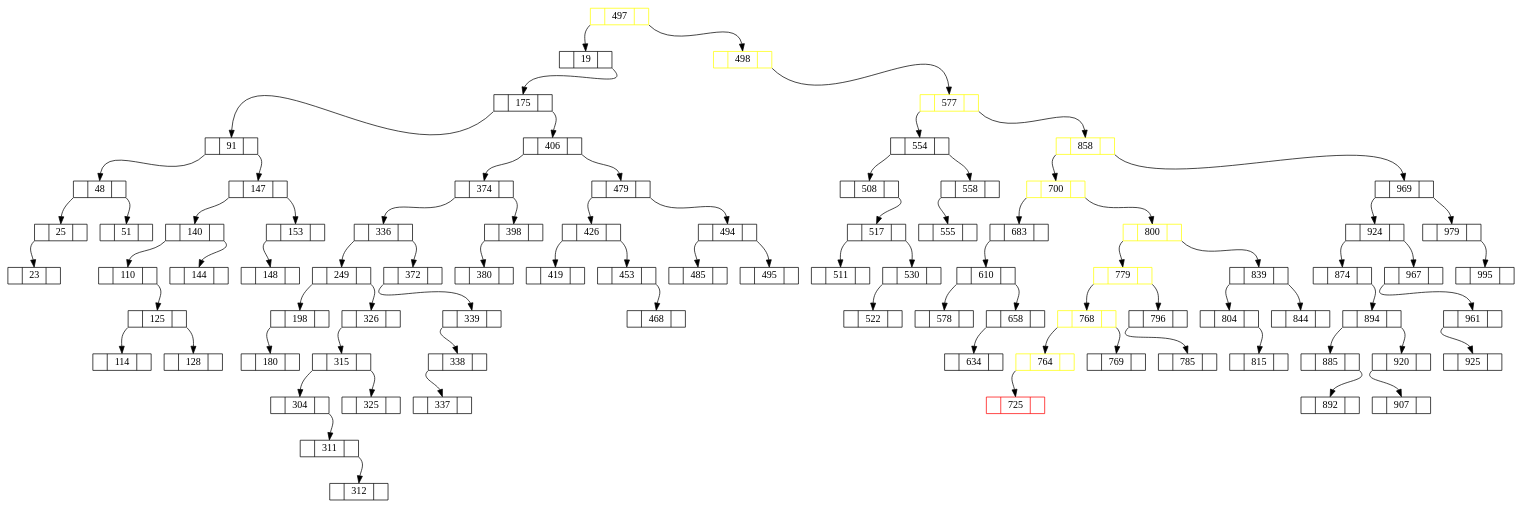
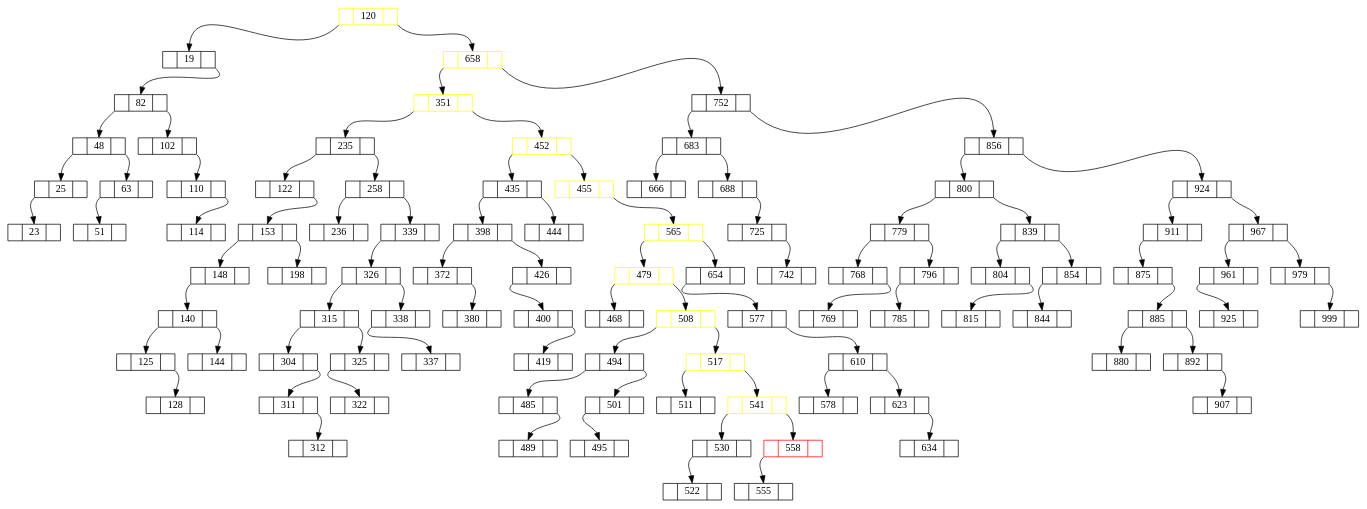
Before and after one commit to JXhacker/DatastructureExprement: the diagram in BST/graph.dot, drawn with Graphviz. The commit also changed 10 other files, not shown here.

```diff
--- a/BST/graph.dot
+++ b/BST/graph.dot
@@ -1,173 +1,195 @@
 digraph G{
 node [fontname = Verdana,shape=record, height=.1];
 edge [fontname = Verdana,style=solid];
-497[label="<l> |<d>497|<r> ",color=yellow];
+120[label="<l> |<d>120|<r> ",color=yellow];
 19[label="<l> |<d>19|<r> "];
-497:l:sw->19:d;
-498[label="<l> |<d>498|<r> ",color=yellow];
-497:r:se->498:d;
-175[label="<l> |<d>175|<r> "];
-19:r:se->175:d;
-577[label="<l> |<d>577|<r> ",color=yellow];
-498:r:se->577:d;
-91[label="<l> |<d>91|<r> "];
-175:l:sw->91:d;
-406[label="<l> |<d>406|<r> "];
-175:r:se->406:d;
-554[label="<l> |<d>554|<r> "];
-577:l:sw->554:d;
-858[label="<l> |<d>858|<r> ",color=yellow];
-577:r:se->858:d;
+120:l:sw->19:d;
+658[label="<l> |<d>658|<r> ",color=yellow];
+120:r:se->658:d;
+82[label="<l> |<d>82|<r> "];
+19:r:se->82:d;
+351[label="<l> |<d>351|<r> ",color=yellow];
+658:l:sw->351:d;
+752[label="<l> |<d>752|<r> "];
+658:r:se->752:d;
 48[label="<l> |<d>48|<r> "];
-91:l:sw->48:d;
-147[label="<l> |<d>147|<r> "];
-91:r:se->147:d;
-374[label="<l> |<d>374|<r> "];
-406:l:sw->374:d;
-479[label="<l> |<d>479|<r> "];
-406:r:se->479:d;
-508[label="<l> |<d>508|<r> "];
-554:l:sw->508:d;
-558[label="<l> |<d>558|<r> "];
-554:r:se->558:d;
-700[label="<l> |<d>700|<r> ",color=yellow];
-858:l:sw->700:d;
-969[label="<l> |<d>969|<r> "];
-858:r:se->969:d;
+82:l:sw->48:d;
+102[label="<l> |<d>102|<r> "];
+82:r:se->102:d;
+235[label="<l> |<d>235|<r> "];
+351:l:sw->235:d;
+452[label="<l> |<d>452|<r> ",color=yellow];
+351:r:se->452:d;
+683[label="<l> |<d>683|<r> "];
+752:l:sw->683:d;
+856[label="<l> |<d>856|<r> "];
+752:r:se->856:d;
 25[label="<l> |<d>25|<r> "];
 48:l:sw->25:d;
-51[label="<l> |<d>51|<r> "];
-48:r:se->51:d;
-140[label="<l> |<d>140|<r> "];
-147:l:sw->140:d;
-153[label="<l> |<d>153|<r> "];
-147:r:se->153:d;
-336[label="<l> |<d>336|<r> "];
-374:l:sw->336:d;
-398[label="<l> |<d>398|<r> "];
-374:r:se->398:d;
-426[label="<l> |<d>426|<r> "];
-479:l:sw->426:d;
-494[label="<l> |<d>494|<r> "];
-479:r:se->494:d;
-517[label="<l> |<d>517|<r> "];
-508:r:se->517:d;
-555[label="<l> |<d>555|<r> "];
-558:l:sw->555:d;
-683[label="<l> |<d>683|<r> "];
-700:l:sw->683:d;
-800[label="<l> |<d>800|<r> ",color=yellow];
-700:r:se->800:d;
+63[label="<l> |<d>63|<r> "];
+48:r:se->63:d;
+110[label="<l> |<d>110|<r> "];
+102:r:se->110:d;
+122[label="<l> |<d>122|<r> "];
+235:l:sw->122:d;
+258[label="<l> |<d>258|<r> "];
+235:r:se->258:d;
+435[label="<l> |<d>435|<r> "];
+452:l:sw->435:d;
+455[label="<l> |<d>455|<r> ",color=yellow];
+452:r:se->455:d;
+666[label="<l> |<d>666|<r> "];
+683:l:sw->666:d;
+688[label="<l> |<d>688|<r> "];
+683:r:se->688:d;
+800[label="<l> |<d>800|<r> "];
+856:l:sw->800:d;
 924[label="<l> |<d>924|<r> "];
-969:l:sw->924:d;
-979[label="<l> |<d>979|<r> "];
-969:r:se->979:d;
+856:r:se->924:d;
 23[label="<l> |<d>23|<r> "];
 25:l:sw->23:d;
-110[label="<l> |<d>110|<r> "];
-140:l:sw->110:d;
-144[label="<l> |<d>144|<r> "];
-140:r:se->144:d;
-148[label="<l> |<d>148|<r> "];
-153:l:sw->148:d;
-249[label="<l> |<d>249|<r> "];
-336:l:sw->249:d;
-372[label="<l> |<d>372|<r> "];
-336:r:se->372:d;
-380[label="<l> |<d>380|<r> "];
-398:l:sw->380:d;
-419[label="<l> |<d>419|<r> "];
-426:l:sw->419:d;
-453[label="<l> |<d>453|<r> "];
-426:r:se->453:d;
-485[label="<l> |<d>485|<r> "];
-494:l:sw->485:d;
-495[label="<l> |<d>495|<r> "];
-494:r:se->495:d;
-511[label="<l> |<d>511|<r> "];
-517:l:sw->511:d;
-530[label="<l> |<d>530|<r> "];
-517:r:se->530:d;
-610[label="<l> |<d>610|<r> "];
-683:l:sw->610:d;
-779[label="<l> |<d>779|<r> ",color=yellow];
+51[label="<l> |<d>51|<r> "];
+63:l:sw->51:d;
+114[label="<l> |<d>114|<r> "];
+110:r:se->114:d;
+153[label="<l> |<d>153|<r> "];
+122:r:se->153:d;
+236[label="<l> |<d>236|<r> "];
+258:l:sw->236:d;
+339[label="<l> |<d>339|<r> "];
+258:r:se->339:d;
+398[label="<l> |<d>398|<r> "];
+435:l:sw->398:d;
+444[label="<l> |<d>444|<r> "];
+435:r:se->444:d;
+565[label="<l> |<d>565|<r> ",color=yellow];
+455:r:se->565:d;
+725[label="<l> |<d>725|<r> "];
+688:r:se->725:d;
+779[label="<l> |<d>779|<r> "];
 800:l:sw->779:d;
 839[label="<l> |<d>839|<r> "];
 800:r:se->839:d;
-874[label="<l> |<d>874|<r> "];
-924:l:sw->874:d;
+911[label="<l> |<d>911|<r> "];
+924:l:sw->911:d;
 967[label="<l> |<d>967|<r> "];
 924:r:se->967:d;
-995[label="<l> |<d>995|<r> "];
-979:r:se->995:d;
-125[label="<l> |<d>125|<r> "];
-110:r:se->125:d;
+148[label="<l> |<d>148|<r> "];
+153:l:sw->148:d;
 198[label="<l> |<d>198|<r> "];
-249:l:sw->198:d;
+153:r:se->198:d;
 326[label="<l> |<d>326|<r> "];
-249:r:se->326:d;
-339[label="<l> |<d>339|<r> "];
-372:l:sw->339:d;
-468[label="<l> |<d>468|<r> "];
-453:r:se->468:d;
-522[label="<l> |<d>522|<r> "];
-530:l:sw->522:d;
-578[label="<l> |<d>578|<r> "];
-610:l:sw->578:d;
-658[label="<l> |<d>658|<r> "];
-610:r:se->658:d;
-768[label="<l> |<d>768|<r> ",color=yellow];
+339:l:sw->326:d;
+372[label="<l> |<d>372|<r> "];
+398:l:sw->372:d;
+426[label="<l> |<d>426|<r> "];
+398:r:se->426:d;
+479[label="<l> |<d>479|<r> ",color=yellow];
+565:l:sw->479:d;
+654[label="<l> |<d>654|<r> "];
+565:r:se->654:d;
+742[label="<l> |<d>742|<r> "];
+725:r:se->742:d;
+768[label="<l> |<d>768|<r> "];
 779:l:sw->768:d;
 796[label="<l> |<d>796|<r> "];
 779:r:se->796:d;
 804[label="<l> |<d>804|<r> "];
 839:l:sw->804:d;
-844[label="<l> |<d>844|<r> "];
-839:r:se->844:d;
-894[label="<l> |<d>894|<r> "];
-874:r:se->894:d;
+854[label="<l> |<d>854|<r> "];
+839:r:se->854:d;
+875[label="<l> |<d>875|<r> "];
+911:l:sw->875:d;
 961[label="<l> |<d>961|<r> "];
 967:l:sw->961:d;
-114[label="<l> |<d>114|<r> "];
-125:l:sw->114:d;
-128[label="<l> |<d>128|<r> "];
-125:r:se->128:d;
-180[label="<l> |<d>180|<r> "];
-198:l:sw->180:d;
+979[label="<l> |<d>979|<r> "];
+967:r:se->979:d;
+140[label="<l> |<d>140|<r> "];
+148:l:sw->140:d;
 315[label="<l> |<d>315|<r> "];
 326:l:sw->315:d;
 338[label="<l> |<d>338|<r> "];
-339:l:sw->338:d;
-634[label="<l> |<d>634|<r> "];
-658:l:sw->634:d;
-764[label="<l> |<d>764|<r> ",color=yellow];
-768:l:sw->764:d;
+326:r:se->338:d;
+380[label="<l> |<d>380|<r> "];
+372:r:se->380:d;
+400[label="<l> |<d>400|<r> "];
+426:l:sw->400:d;
+468[label="<l> |<d>468|<r> "];
+479:l:sw->468:d;
+508[label="<l> |<d>508|<r> ",color=yellow];
+479:r:se->508:d;
+577[label="<l> |<d>577|<r> "];
+654:l:sw->577:d;
 769[label="<l> |<d>769|<r> "];
 768:r:se->769:d;
 785[label="<l> |<d>785|<r> "];
 796:l:sw->785:d;
 815[label="<l> |<d>815|<r> "];
 804:r:se->815:d;
+844[label="<l> |<d>844|<r> "];
+854:l:sw->844:d;
 885[label="<l> |<d>885|<r> "];
-894:l:sw->885:d;
-920[label="<l> |<d>920|<r> "];
-894:r:se->920:d;
+875:r:se->885:d;
 925[label="<l> |<d>925|<r> "];
 961:l:sw->925:d;
+999[label="<l> |<d>999|<r> "];
+979:r:se->999:d;
+125[label="<l> |<d>125|<r> "];
+140:l:sw->125:d;
+144[label="<l> |<d>144|<r> "];
+140:r:se->144:d;
 304[label="<l> |<d>304|<r> "];
 315:l:sw->304:d;
 325[label="<l> |<d>325|<r> "];
 315:r:se->325:d;
 337[label="<l> |<d>337|<r> "];
 338:l:sw->337:d;
-725[label="<l> |<d>725|<r> ",color=red];
-764:l:sw->725:d;
+419[label="<l> |<d>419|<r> "];
+400:r:se->419:d;
+494[label="<l> |<d>494|<r> "];
+508:l:sw->494:d;
+517[label="<l> |<d>517|<r> ",color=yellow];
+508:r:se->517:d;
+610[label="<l> |<d>610|<r> "];
+577:r:se->610:d;
+880[label="<l> |<d>880|<r> "];
+885:l:sw->880:d;
 892[label="<l> |<d>892|<r> "];
 885:r:se->892:d;
-907[label="<l> |<d>907|<r> "];
-920:l:sw->907:d;
+128[label="<l> |<d>128|<r> "];
+125:r:se->128:d;
 311[label="<l> |<d>311|<r> "];
 304:r:se->311:d;
+322[label="<l> |<d>322|<r> "];
+325:l:sw->322:d;
+485[label="<l> |<d>485|<r> "];
+494:l:sw->485:d;
+501[label="<l> |<d>501|<r> "];
+494:r:se->501:d;
+511[label="<l> |<d>511|<r> "];
+517:l:sw->511:d;
+541[label="<l> |<d>541|<r> ",color=yellow];
+517:r:se->541:d;
+578[label="<l> |<d>578|<r> "];
+610:l:sw->578:d;
+623[label="<l> |<d>623|<r> "];
+610:r:se->623:d;
+907[label="<l> |<d>907|<r> "];
+892:r:se->907:d;
 312[label="<l> |<d>312|<r> "];
 311:r:se->312:d;
+489[label="<l> |<d>489|<r> "];
+485:r:se->489:d;
+495[label="<l> |<d>495|<r> "];
+501:l:sw->495:d;
+530[label="<l> |<d>530|<r> "];
+541:l:sw->530:d;
+558[label="<l> |<d>558|<r> ",color=red];
+541:r:se->558:d;
+634[label="<l> |<d>634|<r> "];
+623:r:se->634:d;
+522[label="<l> |<d>522|<r> "];
+530:l:sw->522:d;
+555[label="<l> |<d>555|<r> "];
+558:l:sw->555:d;
 }
```
